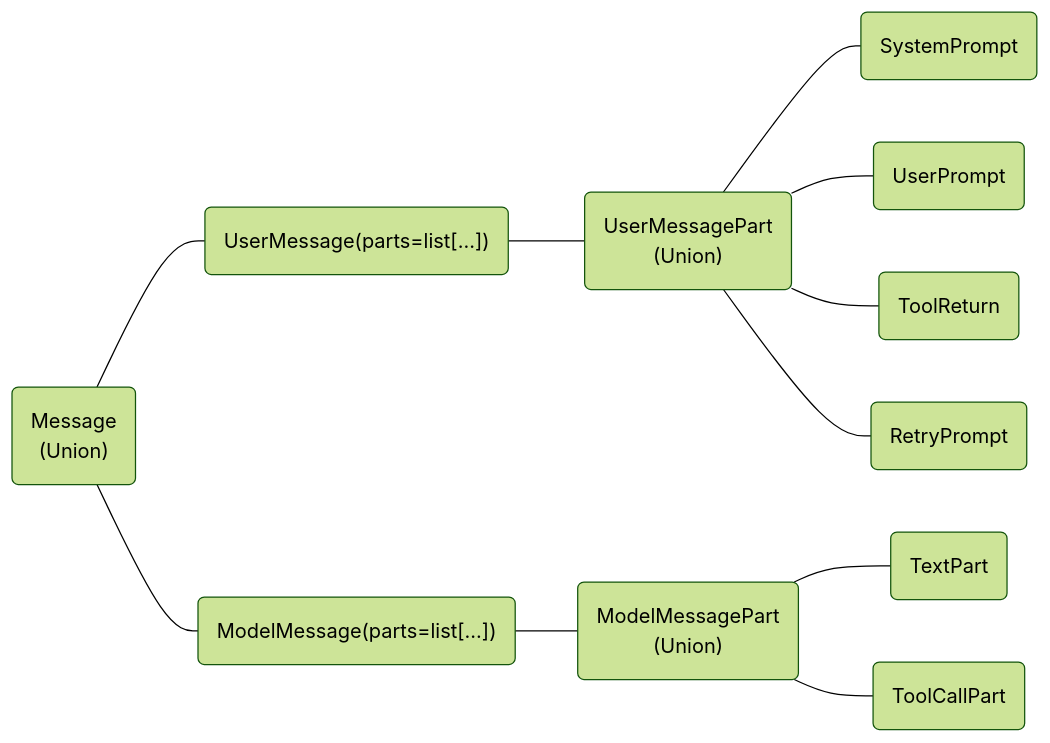
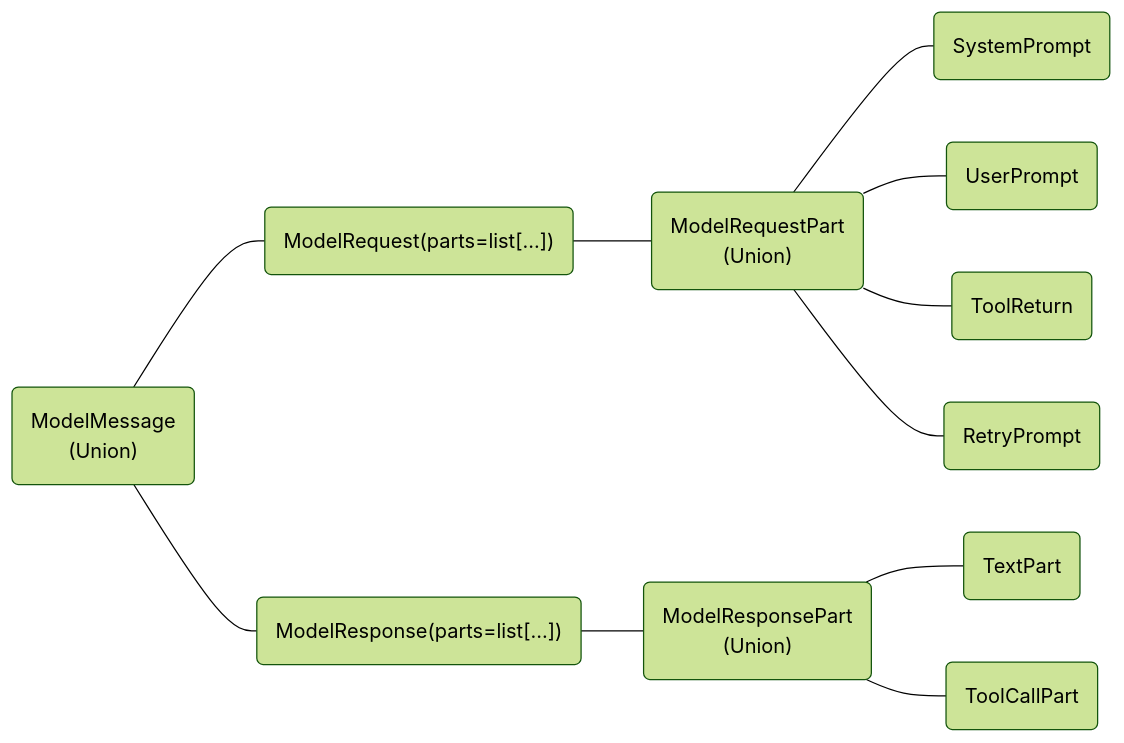
One commit to pydantic/pydantic-ai changed the diagram in docs/api/messages.md. Above: the diagram before and after it, drawn with Mermaid (forest theme). The commit also changed 33 other files, not shown here.

Commit message:
UserMessage -> ModelRequest, ModelMessage -> ModelResponse

````diff
--- a/docs/api/messages.md
+++ b/docs/api/messages.md
@@ -5,13 +5,13 @@
 ```mermaid
 graph RL
-    SystemPrompt(SystemPrompt) --- UserMessagePart
-    UserPrompt(UserPrompt) --- UserMessagePart
-    ToolReturn(ToolReturn) --- UserMessagePart
-    RetryPrompt(RetryPrompt) --- UserMessagePart
-    TextPart(TextPart) --- ModelMessagePart
-    ToolCallPart(ToolCallPart) --- ModelMessagePart
-    UserMessagePart("UserMessagePart<br>(Union)") --- UserMessage
-    UserMessage("UserMessage(parts=list[...])") --- Message
-    ModelMessagePart("ModelMessagePart<br>(Union)") --- ModelMessage
-    ModelMessage("ModelMessage(parts=list[...])") --- Message("Message<br>(Union)")
+    SystemPrompt(SystemPrompt) --- ModelRequestPart
+    UserPrompt(UserPrompt) --- ModelRequestPart
+    ToolReturn(ToolReturn) --- ModelRequestPart
+    RetryPrompt(RetryPrompt) --- ModelRequestPart
+    TextPart(TextPart) --- ModelResponsePart
+    ToolCallPart(ToolCallPart) --- ModelResponsePart
+    ModelRequestPart("ModelRequestPart<br>(Union)") --- ModelRequest
+    ModelRequest("ModelRequest(parts=list[...])") --- ModelMessage
+    ModelResponsePart("ModelResponsePart<br>(Union)") --- ModelResponse
+    ModelResponse("ModelResponse(parts=list[...])") --- ModelMessage("ModelMessage<br>(Union)")
 ```
````
